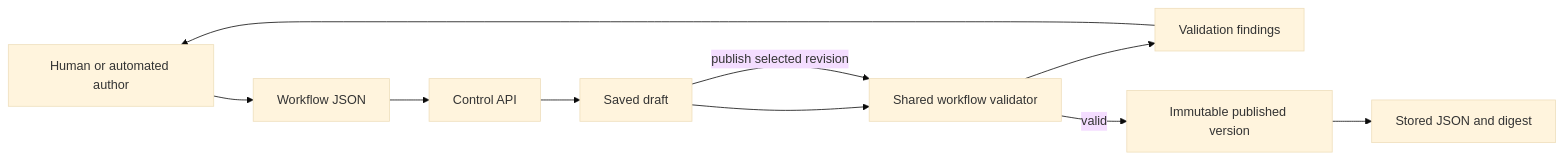
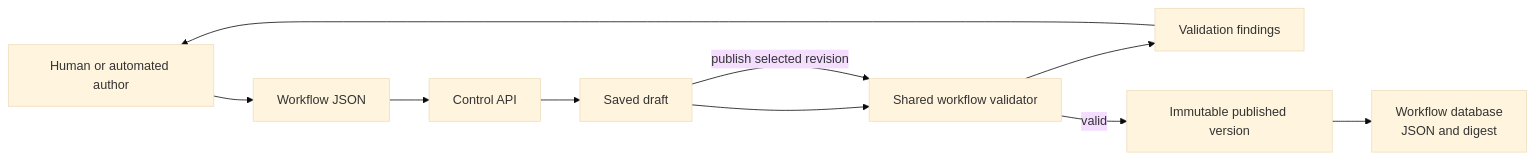
Before and after one commit to RostrumAI/rostrum: the first of 2 diagrams in docs/epics/epic-01-shape-of-a-workflow.md, drawn with Mermaid (base theme). The commit also changed other lines of this file and 13 other files, not shown here.

````diff
--- a/docs/epics/epic-01-shape-of-a-workflow.md
+++ b/docs/epics/epic-01-shape-of-a-workflow.md
@@ -30,12 +30,12 @@
 ```mermaid
 flowchart LR
     A["Human or automated author"] --> J["Workflow JSON"]
     J --> C["Control API"]
     C --> D["Saved draft"]
     D --> V["Shared workflow validator"]
     V --> F["Validation findings"]
     F --> A
     D -->|"publish selected revision"| V
     V -->|"valid"| P["Immutable published version"]
-    P --> R["Stored JSON and digest"]
+    P --> R["Workflow database<br/>JSON and digest"]
 ```
````
